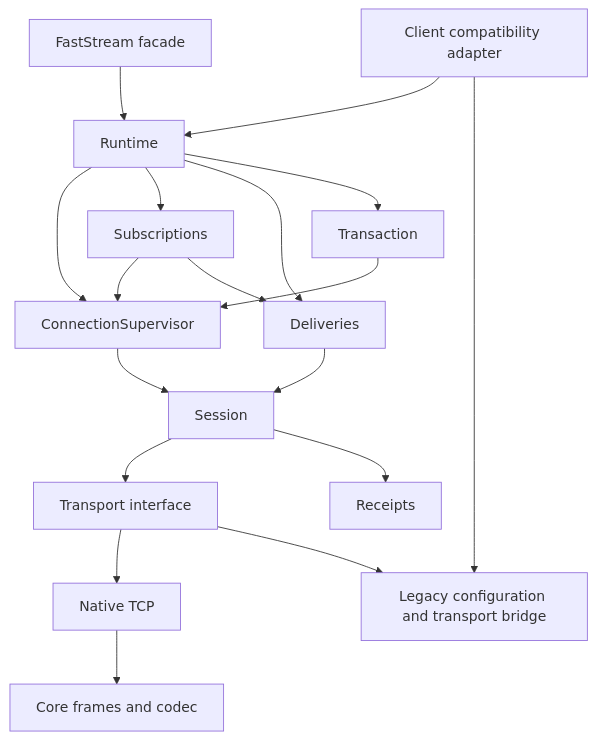
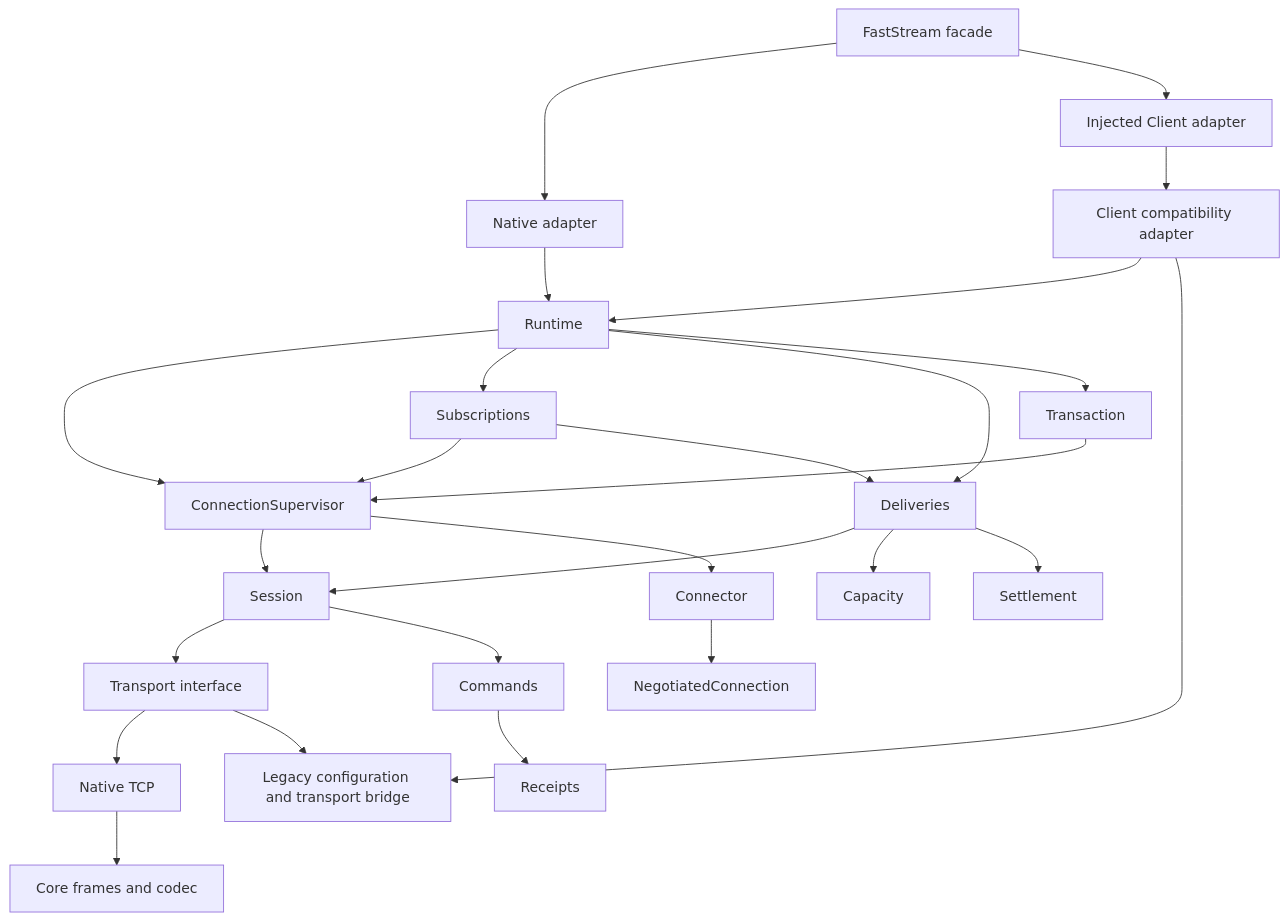
Before and after one commit to community-of-python/stompman: the diagram in docs/session-core.md, drawn with Mermaid. The commit also changed other lines of this file and 50 other files, not shown here.

````diff
--- a/docs/session-core.md
+++ b/docs/session-core.md
@@ -14,20 +16,28 @@
 ```mermaid
 flowchart TD
-    FastStream[FastStream facade] --> Runtime
+    FastStream[FastStream facade] --> Native[Native adapter]
+    Native --> Runtime
+    FastStream --> Injected[Injected Client adapter]
+    Injected --> Client
     Client[Client compatibility adapter] --> Runtime
     Client --> Compatibility[Legacy configuration and transport bridge]
     Runtime --> Recovery[ConnectionSupervisor]
     Runtime --> Subscriptions
     Runtime --> Deliveries
     Runtime --> Transaction
     Subscriptions --> Recovery
     Transaction --> Recovery
     Subscriptions --> Deliveries
     Recovery --> Session
+    Recovery --> Connector
+    Connector --> Handshake[NegotiatedConnection]
     Deliveries --> Session
     Session --> Transport[Transport interface]
     Transport --> TCP[Native TCP]
     Transport --> Compatibility
-    Session --> Receipts
+    Session --> Commands
+    Commands --> Receipts
+    Deliveries --> Capacity
+    Deliveries --> Settlement
     TCP --> Codec[Core frames and codec]
 ```
````
